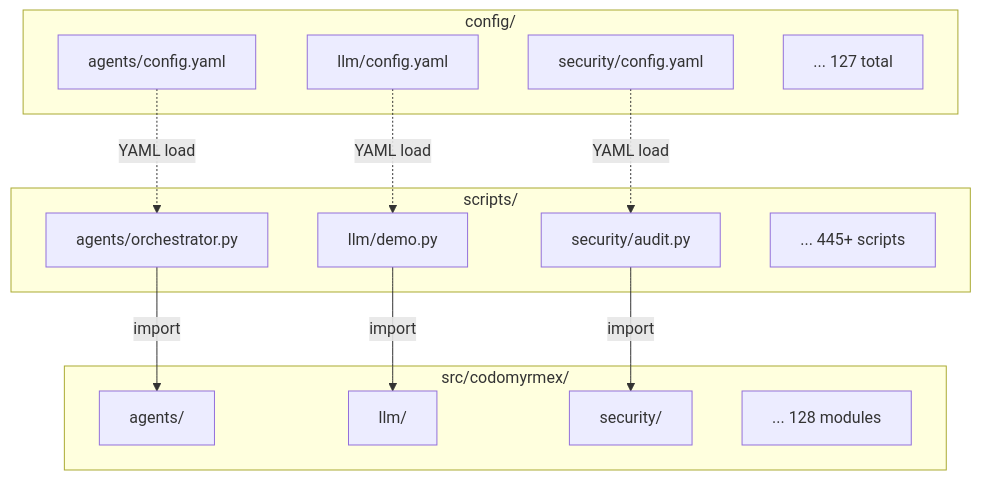
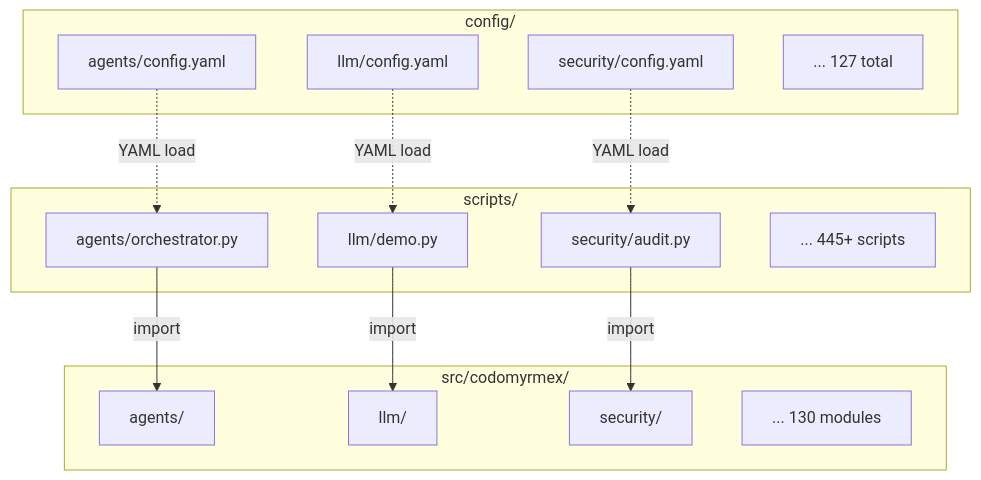
Before and after one commit to docxology/codomyrmex: the sixth of 7 diagrams in .github/README.md, drawn with Mermaid. The commit also changed other lines of this file and 255 other files, not shown here.

````diff
--- a/.github/README.md
+++ b/.github/README.md
@@ -598,30 +598,30 @@
 ```mermaid
 graph TB
     subgraph ConfigRoot["config/"]
         C1["agents/config.yaml"]
         C2["llm/config.yaml"]
         C3["security/config.yaml"]
         Cdots["... 127 total"]
     end
 
     subgraph Scripts["scripts/"]
         S1["agents/orchestrator.py"]
         S2["llm/demo.py"]
         S3["security/audit.py"]
         Sdots["... 445+ scripts"]
     end
 
     subgraph Source["src/codomyrmex/"]
         Src1["agents/"]
         Src2["llm/"]
         Src3["security/"]
-        SrcDots["... 128 modules"]
+        SrcDots["... 130 modules"]
     end
 
     C1 -.->|"YAML load"| S1
     C2 -.->|"YAML load"| S2
     C3 -.->|"YAML load"| S3
     S1 -->|"import"| Src1
     S2 -->|"import"| Src2
     S3 -->|"import"| Src3
 ```
````
